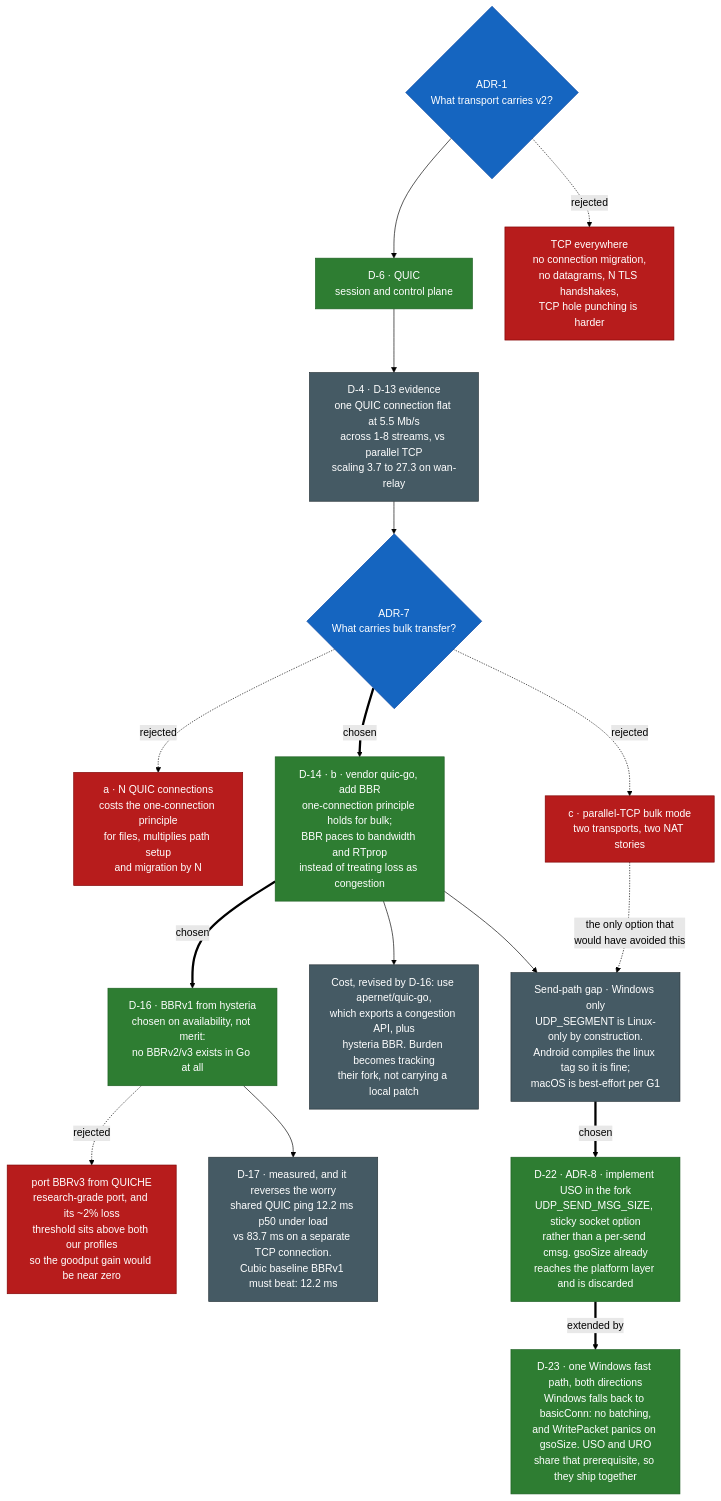
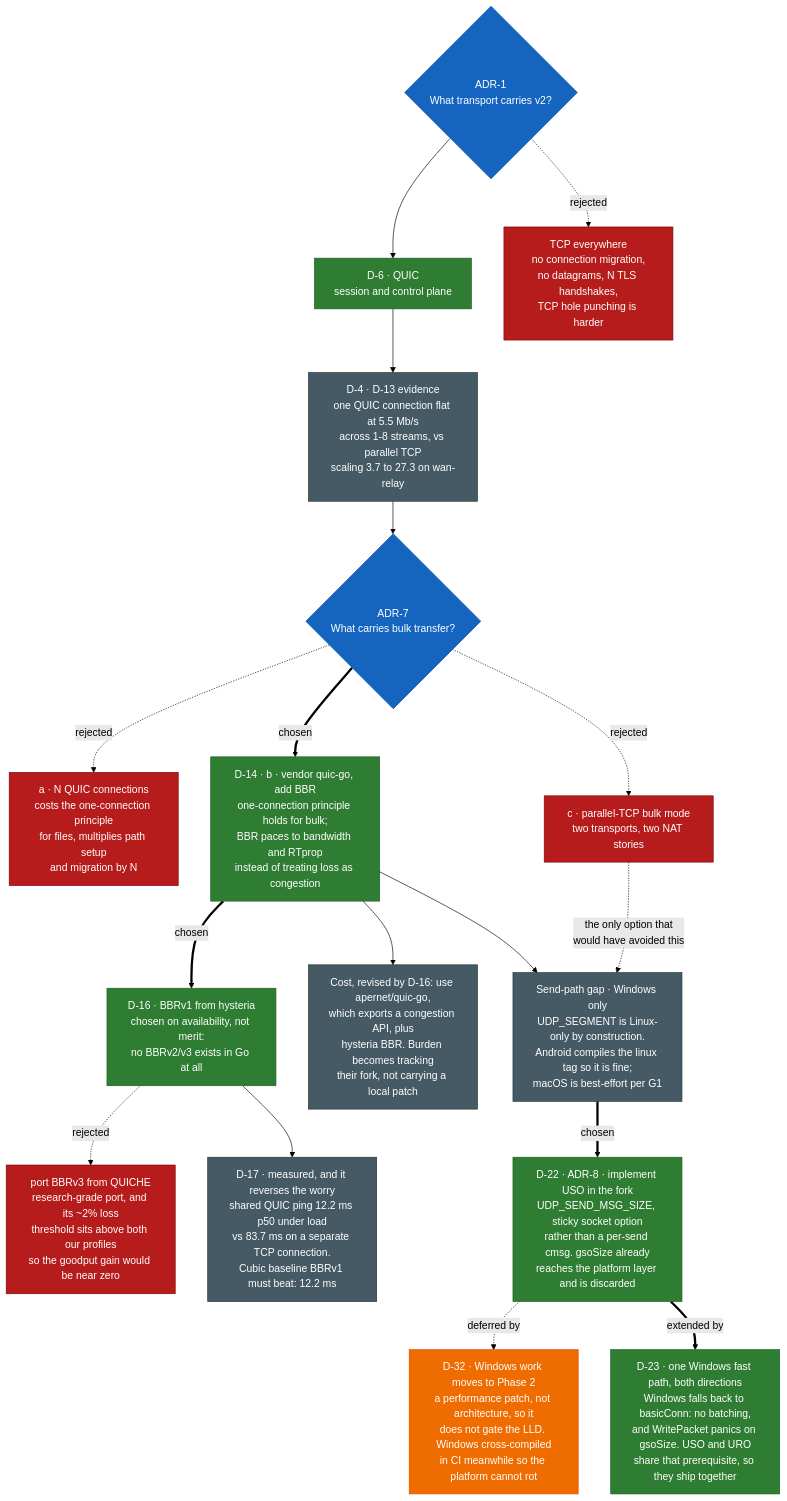
One commit to shreyashsri79/OpenAir changed the first of 4 diagrams in docs/decision-tree.md. Above: the diagram before and after it, drawn with Mermaid (forest theme). The commit also changed other lines of this file and 3 other files, not shown here.

````diff
--- a/docs/decision-tree.md
+++ b/docs/decision-tree.md
@@ -49,28 +50,29 @@
 ```mermaid
 flowchart TD
     Q1{"ADR-1<br/>What transport carries v2?"}:::question
     Q1 --> D6["D-6 · QUIC<br/>session and control plane"]:::accepted
     Q1 -.rejected.-> R1["TCP everywhere<br/>no connection migration,<br/>no datagrams, N TLS handshakes,<br/>TCP hole punching is harder"]:::rejected
 
     D6 --> E1["D-4 · D-13 evidence<br/>one QUIC connection flat at 5.5 Mb/s<br/>across 1-8 streams, vs parallel TCP<br/>scaling 3.7 to 27.3 on wan-relay"]:::evidence
     E1 --> Q2{"ADR-7<br/>What carries bulk transfer?"}:::question
 
     Q2 -.rejected.-> R2A["a · N QUIC connections<br/>costs the one-connection principle<br/>for files, multiplies path setup<br/>and migration by N"]:::rejected
     Q2 ==chosen==> D14["D-14 · b · vendor quic-go, add BBR<br/>one-connection principle holds for bulk;<br/>BBR paces to bandwidth and RTprop<br/>instead of treating loss as congestion"]:::accepted
     Q2 -.rejected.-> R2C["c · parallel-TCP bulk mode<br/>two transports, two NAT stories"]:::rejected
 
     D14 ==chosen==> SUB["D-16 · BBRv1 from hysteria<br/>chosen on availability, not merit:<br/>no BBRv2/v3 exists in Go at all"]:::accepted
     SUB -.rejected.-> R3V["port BBRv3 from QUICHE<br/>research-grade port, and its ~2% loss<br/>threshold sits above both our profiles<br/>so the goodput gain would be near zero"]:::rejected
     SUB --> QUEUE["D-17 · measured, and it reverses the worry<br/>shared QUIC ping 12.2 ms p50 under load<br/>vs 83.7 ms on a separate TCP connection.<br/>Cubic baseline BBRv1 must beat: 12.2 ms"]:::evidence
     D14 --> COST["Cost, revised by D-16: use apernet/quic-go,<br/>which exports a congestion API, plus<br/>hysteria BBR. Burden becomes tracking<br/>their fork, not carrying a local patch"]:::evidence
     D14 --> GSO["Send-path gap · Windows only<br/>UDP_SEGMENT is Linux-only by construction.<br/>Android compiles the linux tag so it is fine;<br/>macOS is best-effort per G1"]:::evidence
     R2C -.->|"the only option that<br/>would have avoided this"| GSO
     GSO ==chosen==> D22["D-22 · ADR-8 · implement USO in the fork<br/>UDP_SEND_MSG_SIZE, sticky socket option<br/>rather than a per-send cmsg. gsoSize already<br/>reaches the platform layer and is discarded"]:::accepted
+    D22 -.deferred by.-> D32["D-32 · Windows work moves to Phase 2<br/>a performance patch, not architecture, so it<br/>does not gate the LLD. Windows cross-compiled<br/>in CI meanwhile so the platform cannot rot"]:::open
     D22 ==extended by==> D23["D-23 · one Windows fast path, both directions<br/>Windows falls back to basicConn: no batching,<br/>and WritePacket panics on gsoSize. USO and URO<br/>share that prerequisite, so they ship together"]:::accepted
 
     classDef question fill:#1565c0,color:#fff,stroke:#0d47a1
     classDef accepted fill:#2e7d32,color:#fff,stroke:#1b5e20
     classDef rejected fill:#b71c1c,color:#fff,stroke:#7f0000
     classDef open fill:#ef6c00,color:#fff,stroke:#e65100
     classDef evidence fill:#455a64,color:#fff,stroke:#263238
 ```
````
